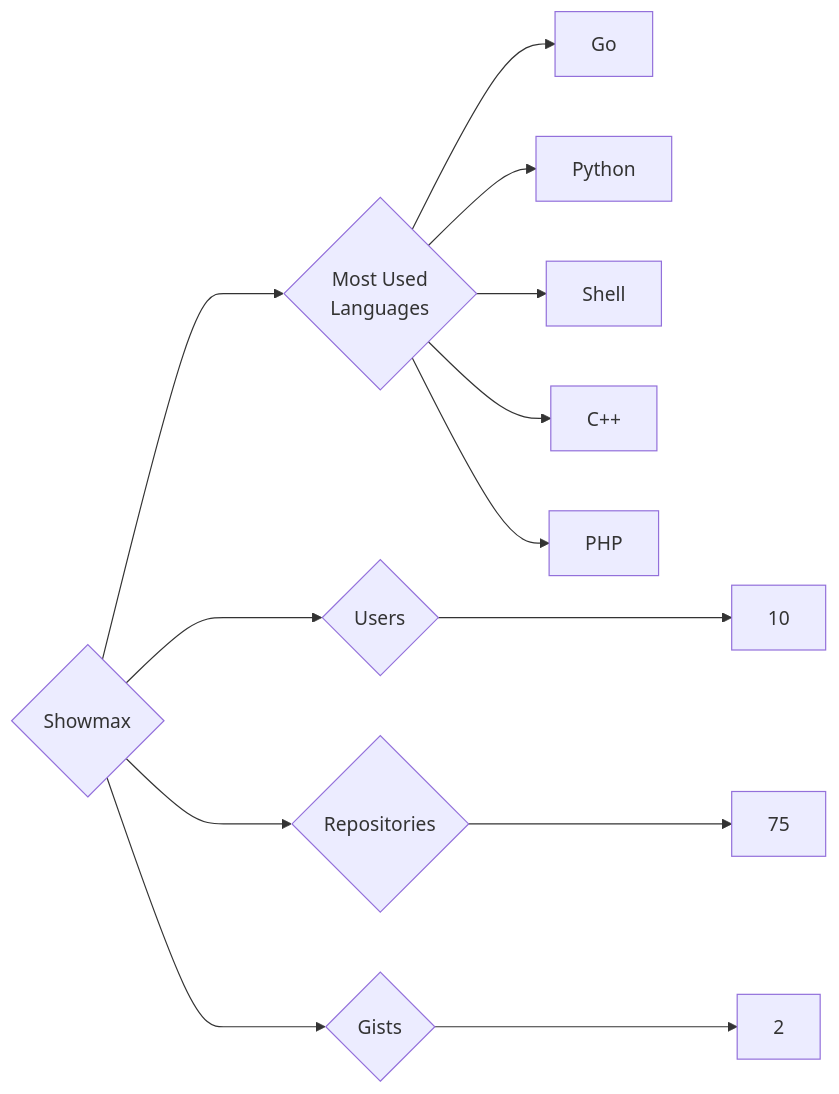
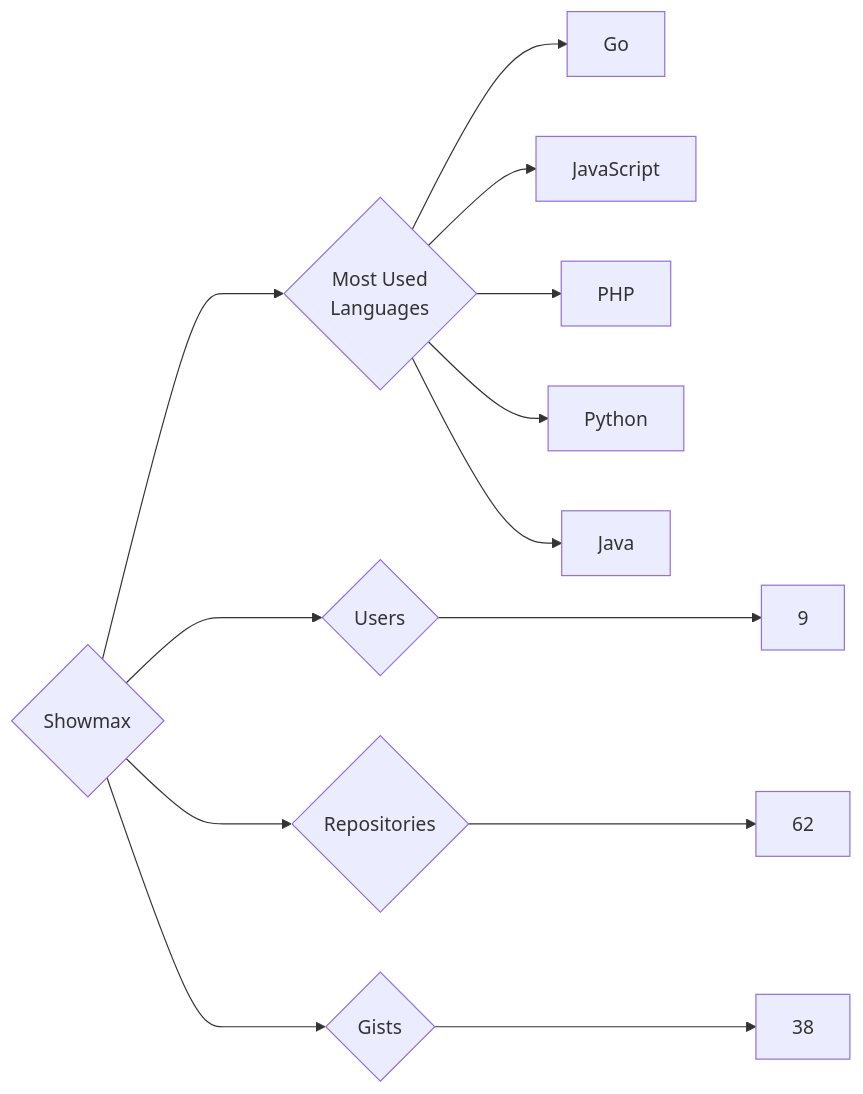
One commit to trickest/insiders changed the diagram in targets/Showmax/README.md. Above: the diagram before and after it, drawn with Mermaid. The commit also changed 582 other files, not shown here.

````diff
--- a/targets/Showmax/README.md
+++ b/targets/Showmax/README.md
@@ -3,13 +3,13 @@
 ```mermaid
 graph LR
 COMPANY_NAME{Showmax}
-COMPANY_NAME ---> U{Users} ---> UN[10]
-COMPANY_NAME ---> R{Repositories} ---> RN[75]
-COMPANY_NAME ---> G{Gists} ---> GN[2]
+COMPANY_NAME ---> U{Users} ---> UN[9]
+COMPANY_NAME ---> R{Repositories} ---> RN[62]
+COMPANY_NAME ---> G{Gists} ---> GN[38]
 COMPANY_NAME ---> ML{Most Used<br>Languages}
 ML --> Go[Go]
+ML --> JavaScript[JavaScript]
+ML --> PHP[PHP]
 ML --> Python[Python]
-ML --> Shell[Shell]
-ML --> C++[C++]
-ML --> PHP[PHP]
+ML --> Java[Java]
 ```
````
